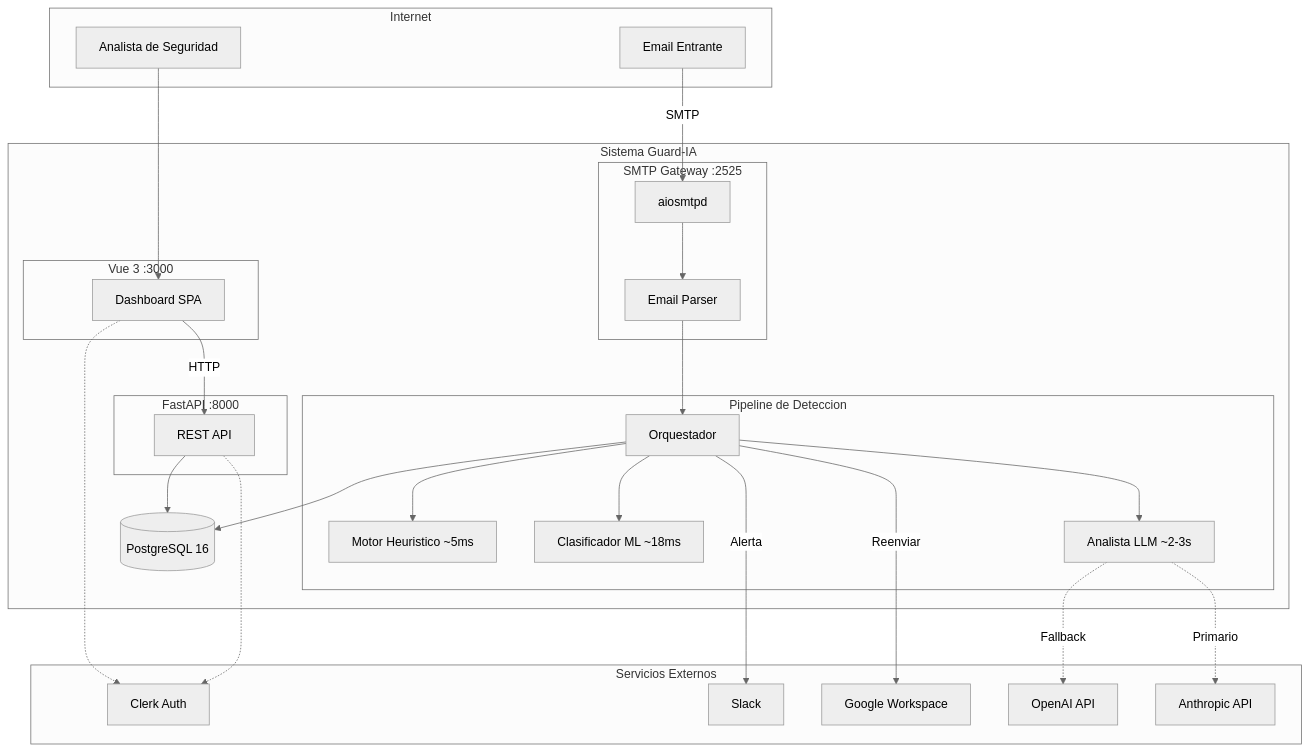
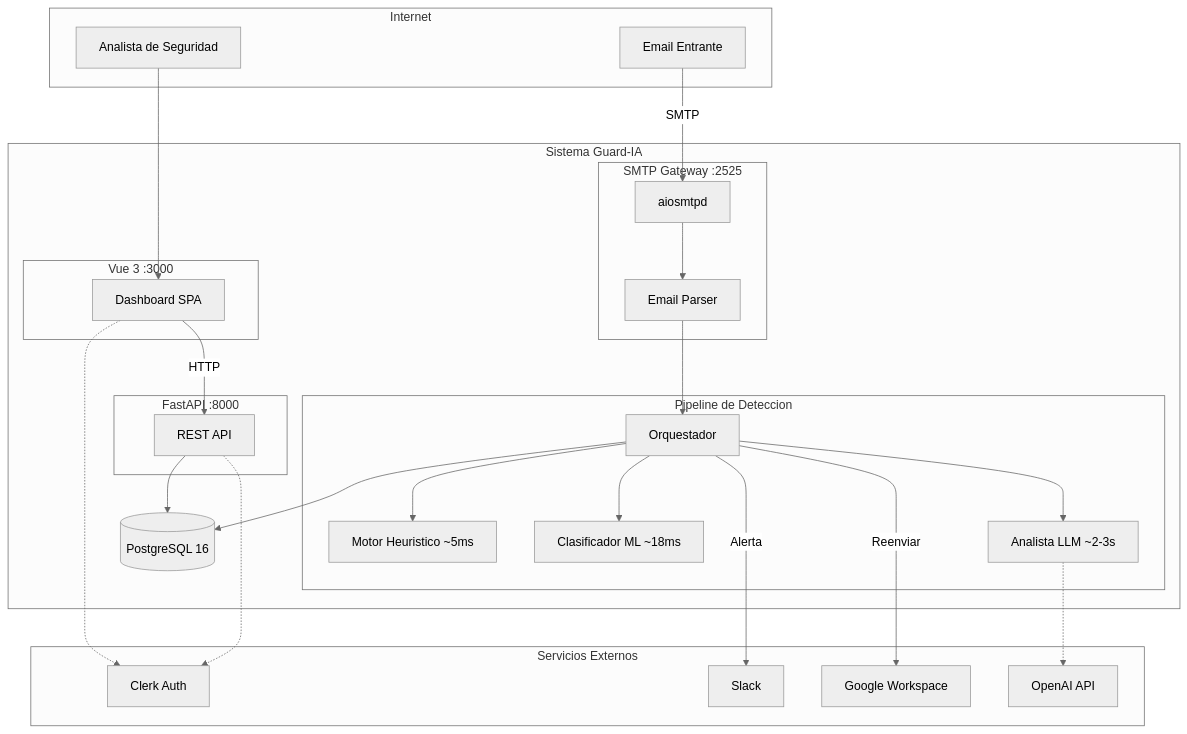
Before and after one commit to sogliano/guardia: the first of 5 diagrams in README.es.md, drawn with Mermaid (neutral theme). The commit also changed other lines of this file and 15 other files, not shown here.

````diff
--- a/README.es.md
+++ b/README.es.md
@@ -43,54 +43,52 @@
 ```mermaid
 graph TB
     subgraph Internet
         EMAIL["Email Entrante"]
         ANALYST["Analista de Seguridad"]
     end
 
     subgraph GUARDIA["Sistema Guard-IA"]
         subgraph Gateway["SMTP Gateway :2525"]
             SMTP["aiosmtpd"]
             PARSER["Email Parser"]
         end
 
         subgraph Pipeline["Pipeline de Deteccion"]
             ORCH["Orquestador"]
             HEUR["Motor Heuristico ~5ms"]
             ML["Clasificador ML ~18ms"]
             LLM["Analista LLM ~2-3s"]
         end
 
         subgraph Backend["FastAPI :8000"]
             API["REST API"]
         end
 
         subgraph Frontend["Vue 3 :3000"]
             SPA["Dashboard SPA"]
         end
 
         DB[("PostgreSQL 16")]
     end
 
     subgraph External["Servicios Externos"]
         CLERK["Clerk Auth"]
         SLACK["Slack"]
         GOOGLE["Google Workspace"]
         OPENAI["OpenAI API"]
-        ANTHROPIC["Anthropic API"]
     end
 
     EMAIL -->|SMTP| SMTP
     SMTP --> PARSER --> ORCH
     ORCH --> HEUR
     ORCH --> ML
     ORCH --> LLM
-    LLM -.->|Primario| ANTHROPIC
-    LLM -.->|Fallback| OPENAI
+    LLM -.-> OPENAI
     ORCH --> DB
     ORCH -->|Reenviar| GOOGLE
     ORCH -->|Alerta| SLACK
     ANALYST --> SPA
     SPA -->|HTTP| API --> DB
     SPA -.-> CLERK
     API -.-> CLERK
 ```
````
